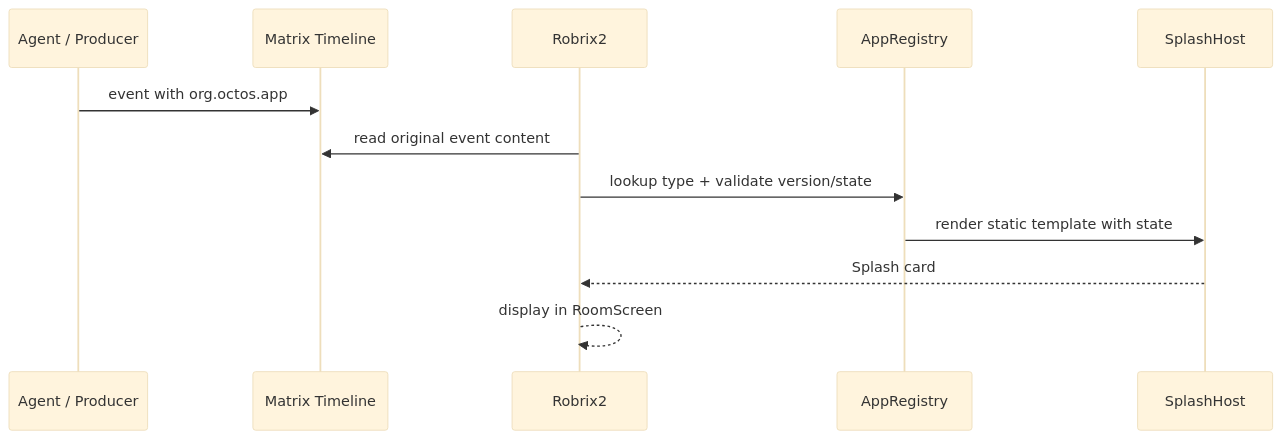
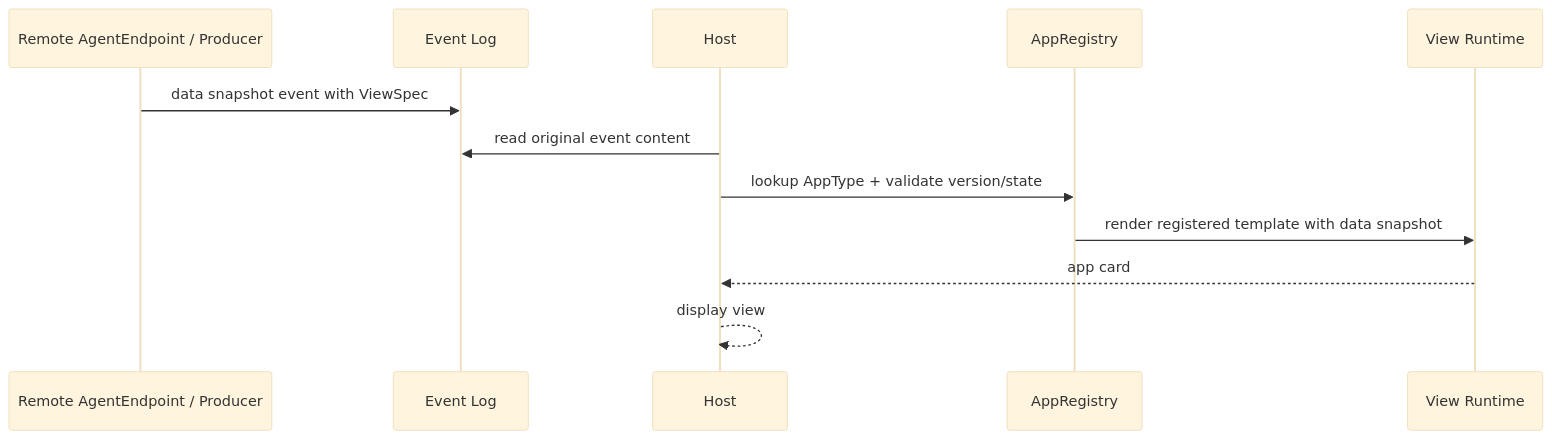
One commit to ZhangHanDong/makepad changed the second of 2 diagrams in examples/aichat/specs/agent2app-book/src/03-runtime-modes.md. Above: the diagram before and after it, drawn with Mermaid (base theme). The commit also changed other lines of this file and 37 other files, not shown here.

Commit message:
Document agent2app aichat rollout

````diff
--- a/examples/aichat/specs/agent2app-book/src/03-runtime-modes.md
+++ b/examples/aichat/specs/agent2app-book/src/03-runtime-modes.md
@@ -39,15 +52,15 @@
 ```mermaid
 sequenceDiagram
-    participant A as Agent / Producer
-    participant MX as Matrix Timeline
-    participant R as Robrix2
-    participant AR as AppRegistry
-    participant SH as SplashHost
+    participant A as Remote AgentEndpoint / Producer
+    participant E as Event Log
+    participant H as Host
+    participant R as AppRegistry
+    participant V as View Runtime
 
-    A->>MX: event with org.octos.app
-    R->>MX: read original event content
-    R->>AR: lookup type + validate version/state
-    AR->>SH: render static template with state
-    SH-->>R: Splash card
-    R-->>R: display in RoomScreen
+    A->>E: data snapshot event with ViewSpec
+    H->>E: read original event content
+    H->>R: lookup AppType + validate version/state
+    R->>V: render registered template with data snapshot
+    V-->>H: app card
+    H-->>H: display view
 ```
````
